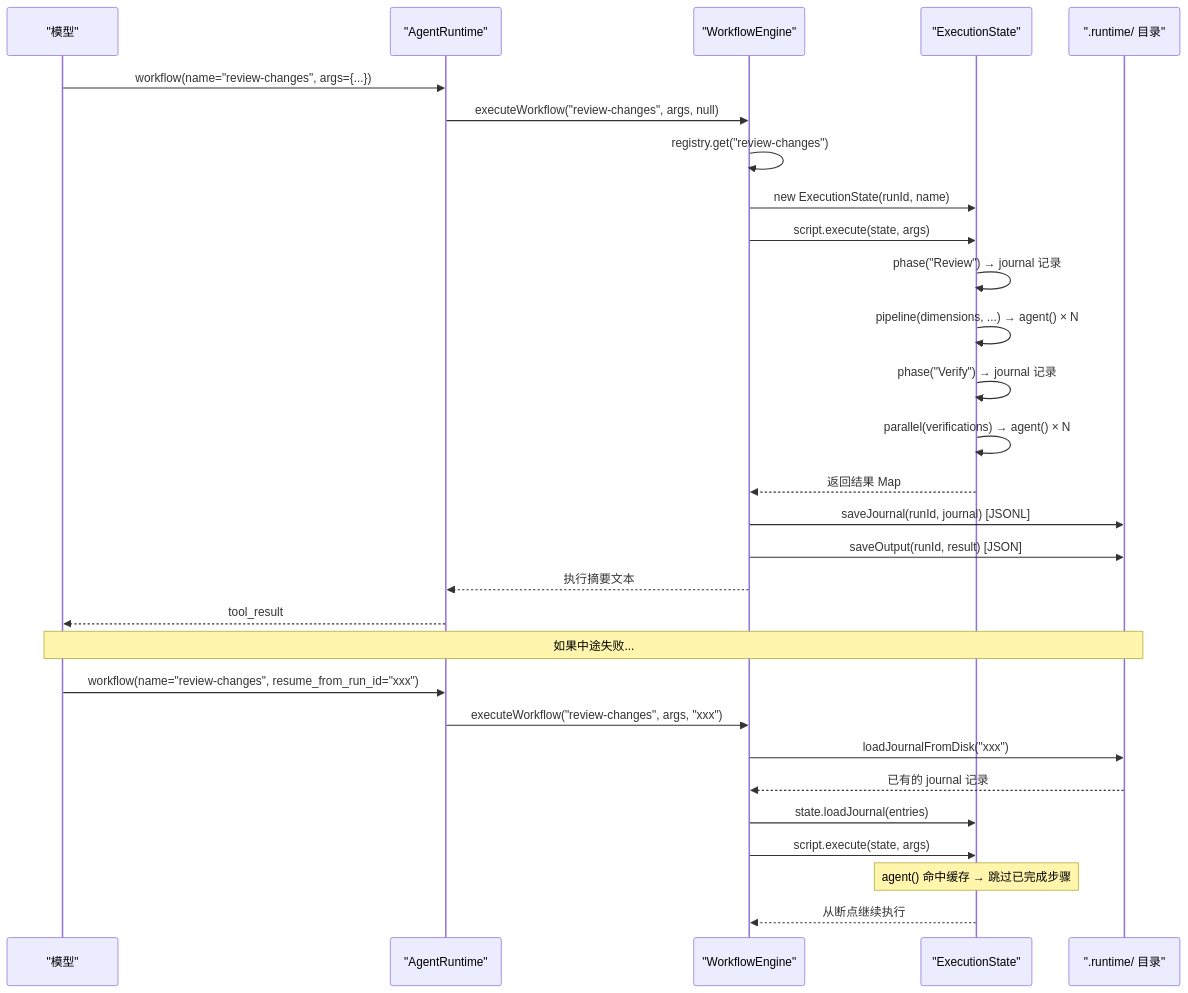
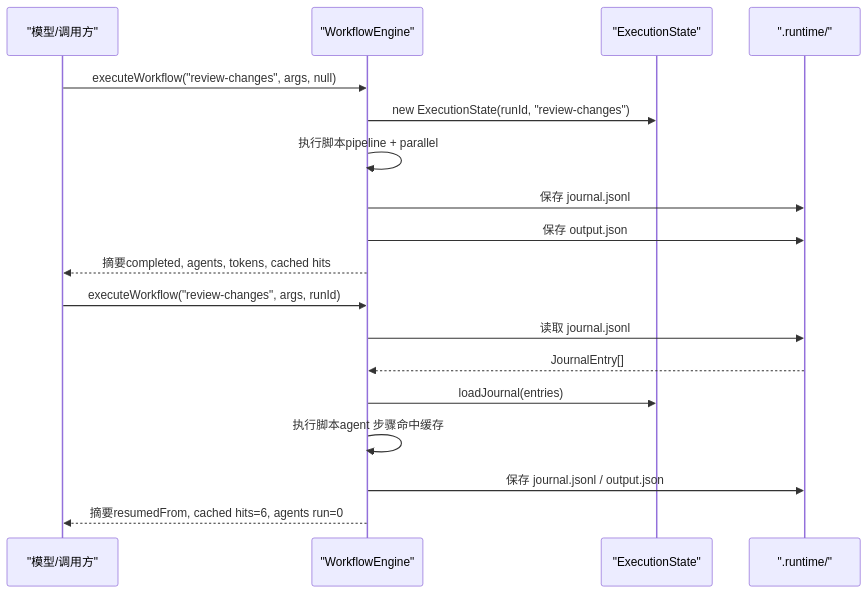
The sixth of 6 diagrams in .qoder/repowiki/zh/content/学习阶段详解/S16_ 工作流运行时.md (chenlds1994/learn-claude-code-java), drawn with Mermaid before and after one commit. The commit also changed other lines of this file and 143 other files, not shown here.

First line of the commit message:
更新 repowiki 与 drawio 教程图至 17 阶段结构

````diff
--- a/.qoder/repowiki/zh/content/学习阶段详解/S16_ 工作流运行时.md
+++ b/.qoder/repowiki/zh/content/学习阶段详解/S16_ 工作流运行时.md
@@ -103,31 +270,20 @@
 ```mermaid
 sequenceDiagram
-participant M as "模型"
-participant RT as "AgentRuntime"
-participant WE as "WorkflowEngine"
-participant ES as "ExecutionState"
-participant FS as ".runtime/ 目录"
-M->>RT : workflow(name="review-changes", args={...})
-RT->>WE : executeWorkflow("review-changes", args, null)
-WE->>WE : registry.get("review-changes")
-WE->>ES : new ExecutionState(runId, name)
-WE->>ES : script.execute(state, args)
-ES->>ES : phase("Review") → journal 记录
-ES->>ES : pipeline(dimensions, ...) → agent() × N
-ES->>ES : phase("Verify") → journal 记录
-ES->>ES : parallel(verifications) → agent() × N
-ES-->>WE : 返回结果 Map
-WE->>FS : saveJournal(runId, journal) [JSONL]
-WE->>FS : saveOutput(runId, result) [JSON]
-WE-->>RT : 执行摘要文本
-RT-->>M : tool_result
-Note over M,FS : 如果中途失败...
-M->>RT : workflow(name="review-changes", resume_from_run_id="xxx")
-RT->>WE : executeWorkflow("review-changes", args, "xxx")
-WE->>FS : loadJournalFromDisk("xxx")
-FS-->>WE : 已有的 journal 记录
-WE->>ES : state.loadJournal(entries)
-WE->>ES : script.execute(state, args)
-Note over ES : agent() 命中缓存 → 跳过已完成步骤
-ES-->>WE : 从断点继续执行
+participant Model as "模型/调用方"
+participant Engine as "WorkflowEngine"
+participant State as "ExecutionState"
+participant Disk as ".runtime/"
+Model->>Engine : executeWorkflow("review-changes", args, null)
+Engine->>State : new ExecutionState(runId, "review-changes")
+Engine->>Engine : 执行脚本pipeline + parallel
+Engine->>Disk : 保存 journal.jsonl
+Engine->>Disk : 保存 output.json
+Engine-->>Model : 摘要completed, agents, tokens, cached hits
+Model->>Engine : executeWorkflow("review-changes", args, runId)
+Engine->>Disk : 读取 journal.jsonl
+Disk-->>Engine : JournalEntry[]
+Engine->>State : loadJournal(entries)
+Engine->>Engine : 执行脚本agent 步骤命中缓存
+Engine->>Disk : 保存 journal.jsonl / output.json
+Engine-->>Model : 摘要resumedFrom, cached hits=6, agents run=0
 ```
````
